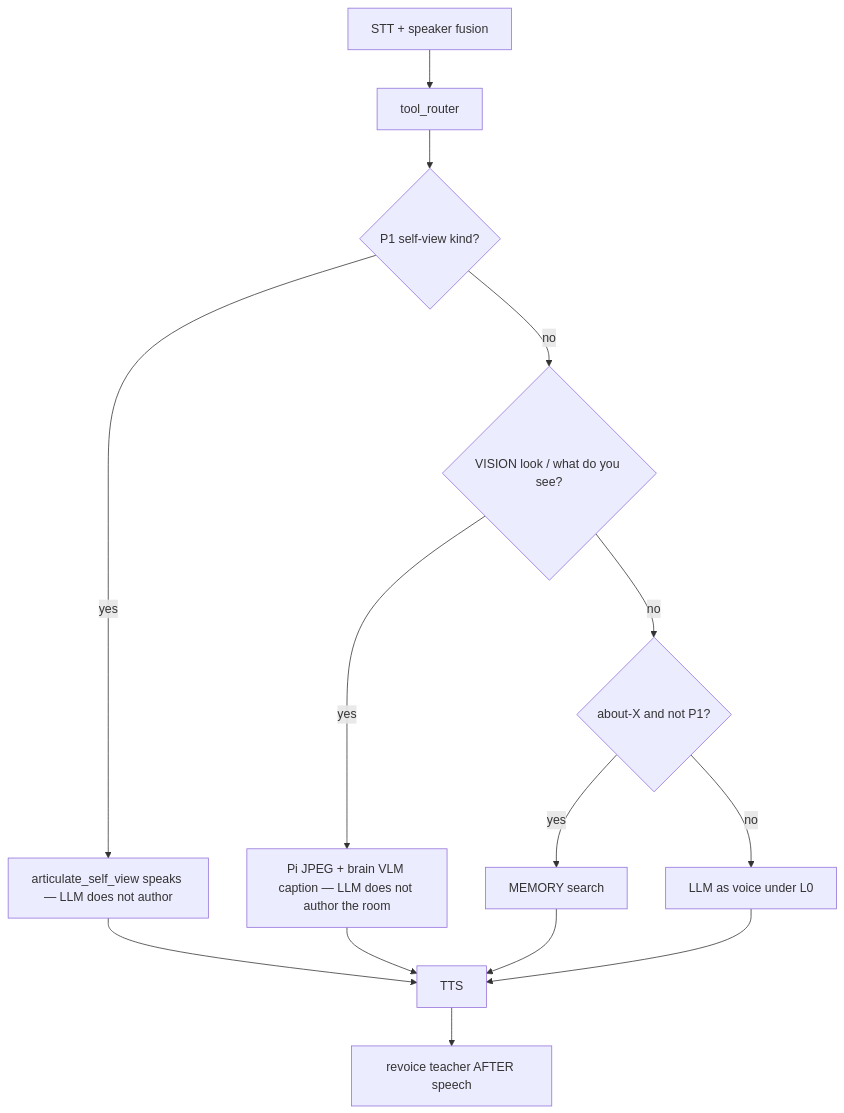
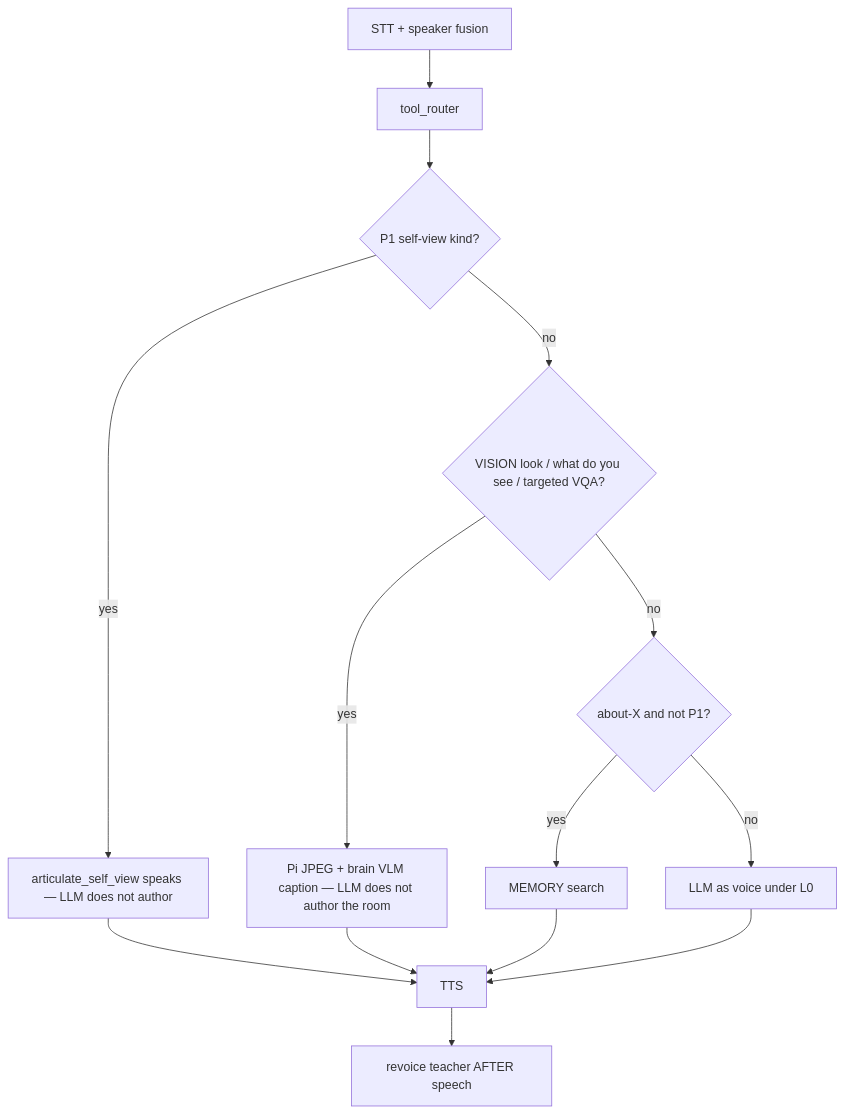
The diagram in AGENTS.md (Nimdy/jarvis-oracle-edition), drawn with Mermaid before and after one commit. The commit also changed 18 other files, not shown here.

````diff
--- a/AGENTS.md
+++ b/AGENTS.md
@@ -42,21 +42,21 @@
 ```mermaid
 flowchart TD
   stt[STT + speaker fusion]
   router[tool_router]
   p1{P1 self-view kind?}
-  vis{VISION look / what do you see?}
+  vis{VISION look / what do you see / targeted VQA?}
   about{about-X and not P1?}
   osv[articulate_self_view speaks — LLM does not author]
   eyes[Pi JPEG + brain VLM caption — LLM does not author the room]
   mem[MEMORY search]
   llm[LLM as voice under L0]
   tts[TTS]
   seed[revoice teacher AFTER speech]
   stt --> router --> p1
   p1 -->|yes| osv --> tts --> seed
   p1 -->|no| vis
   vis -->|yes| eyes --> tts
   vis -->|no| about
   about -->|yes| mem --> tts
   about -->|no| llm --> tts
 ```
````
